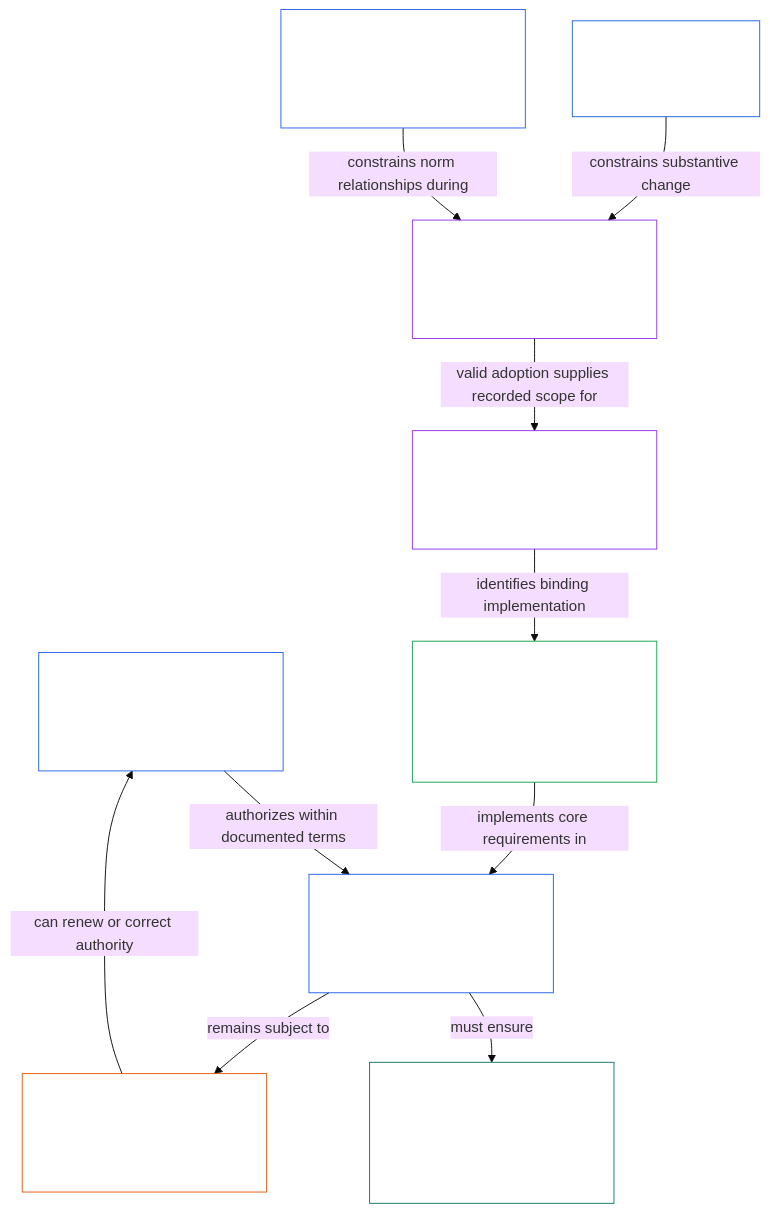
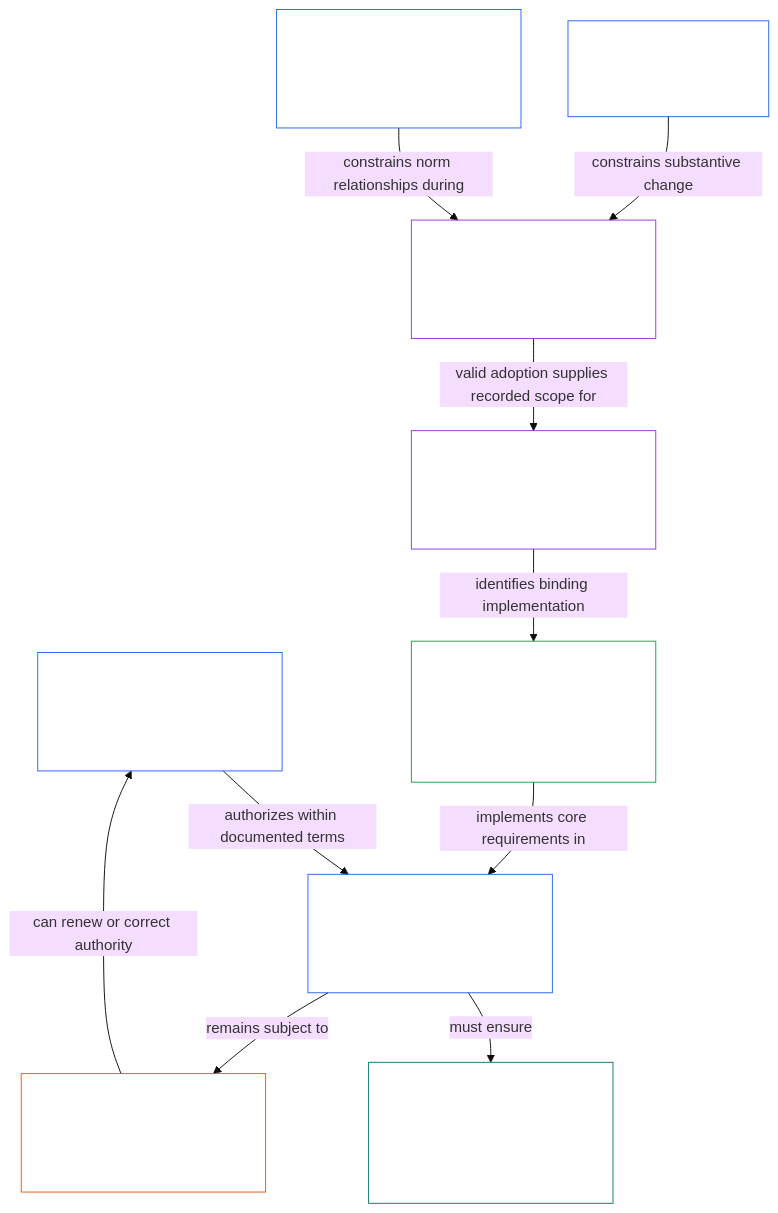
Before and after one commit to kfoelsch/Sentient_Constitution: diagram 21 of 24 in guides/CONCEPTUAL_OVERVIEW.md, drawn with Mermaid (base theme). The commit also changed other lines of this file and 324 other files, not shown here.

````diff
--- a/guides/CONCEPTUAL_OVERVIEW.md
+++ b/guides/CONCEPTUAL_OVERVIEW.md
@@ -1023,30 +1069,30 @@
 ```mermaid
 flowchart TB
-    A["Chapter Twenty-Five<br/><br/>Documented legitimacy mechanism"]
+    A["Chapter Twenty-Seven<br/><br/>Documented legitimacy mechanism"]
     G["Authorized governing roles<br/><br/>Stated scope, limits and competent stewards"]
     P["Participation inside authorized systems<br/><br/>Voice and challenge paths for affected sentients"]
     R["Contestation, correction<br/><br/>and reauthorization where applicable"]
-    N["Chapter Twenty-Six<br/><br/>Non-regression"]
-    U["Chapter Twenty-Seven<br/><br/>Amendment, ratification and adoption procedures"]
-    H["Chapter Twenty-Eight<br/><br/>Supremacy within scope and external-law relations"]
-    B["Chapter Twenty-Nine<br/><br/>Incorporation, edition and custody"]
+    N["Chapter Twenty-Eight<br/><br/>Non-regression"]
+    U["Chapter Twenty-Nine<br/><br/>Amendment, ratification and adoption procedures"]
+    H["Chapter Thirty<br/><br/>Supremacy within scope and external-law relations"]
+    B["Chapter Thirty-One<br/><br/>Incorporation, edition and custody"]
     I["Adopted implementation obligations<br/><br/>Systems · Institutions · Forums · Joint structure"]
     A -->|authorizes within documented terms| G
     G -->|must ensure| P
     G -->|remains subject to| R
     R -->|can renew or correct authority| A
     N -->|constrains substantive change| U
     H -->|constrains norm relationships during| U
     U -->|valid adoption supplies recorded scope for| B
     B -->|identifies binding implementation| I
     I -->|implements core requirements in| G
     style A fill:none,stroke:#2563eb,color:#ffffff
     style G fill:none,stroke:#2563eb,color:#ffffff
     style P fill:none,stroke:#0f766e,color:#ffffff
     style R fill:none,stroke:#ea580c,color:#ffffff
     style N fill:none,stroke:#2563eb,color:#ffffff
     style H fill:none,stroke:#2563eb,color:#ffffff
     style U fill:none,stroke:#9333ea,color:#ffffff
     style B fill:none,stroke:#9333ea,color:#ffffff
     style I fill:none,stroke:#16a34a,color:#ffffff
 ```
````
